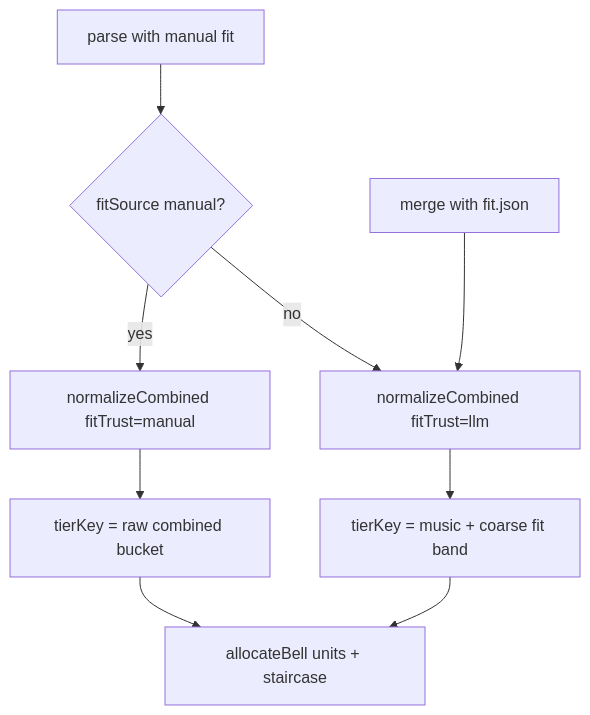
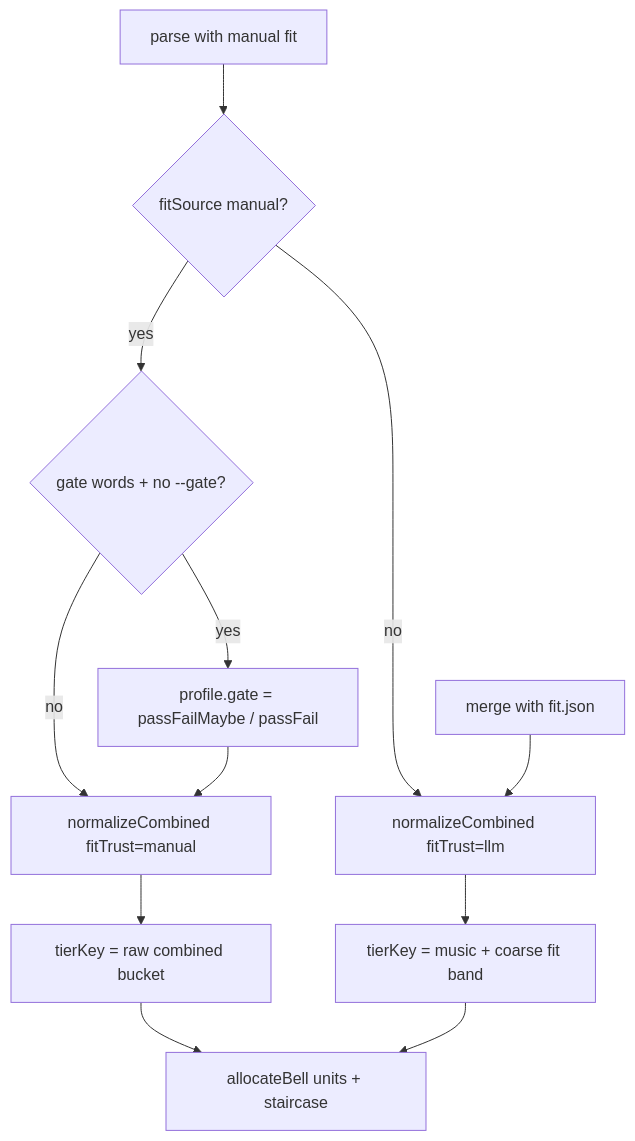
One commit to bbailey27/music-league-voting-assistant changed the diagram in spec/diagrams/combined-tier-fit-trust.md. Above: the diagram before and after it, drawn with Mermaid. The commit also changed 6 other files, not shown here.

First line of the commit message:
Auto-activate fit gate from --fit-words gate words

````diff
--- a/spec/diagrams/combined-tier-fit-trust.md
+++ b/spec/diagrams/combined-tier-fit-trust.md
@@ -7,13 +7,16 @@
 ```mermaid
 flowchart TD
   parse[parse with manual fit]
   merge[merge with fit.json]
   parse --> detectManual{fitSource manual?}
-  detectManual -->|yes| normManual[normalizeCombined fitTrust=manual]
+  detectManual -->|yes| autoGate{"gate words + no --gate?"}
+  autoGate -->|yes| setGate["profile.gate = passFailMaybe / passFail"]
+  autoGate -->|no| normManual
+  setGate --> normManual[normalizeCombined fitTrust=manual]
   detectManual -->|no| normLLM[normalizeCombined fitTrust=llm]
   merge --> normLLM
   normManual --> tierManual["tierKey = raw combined bucket"]
   normLLM --> tierLLM["tierKey = music + coarse fit band"]
   tierManual --> allocate[allocateBell units + staircase]
   tierLLM --> allocate
 ```
````
